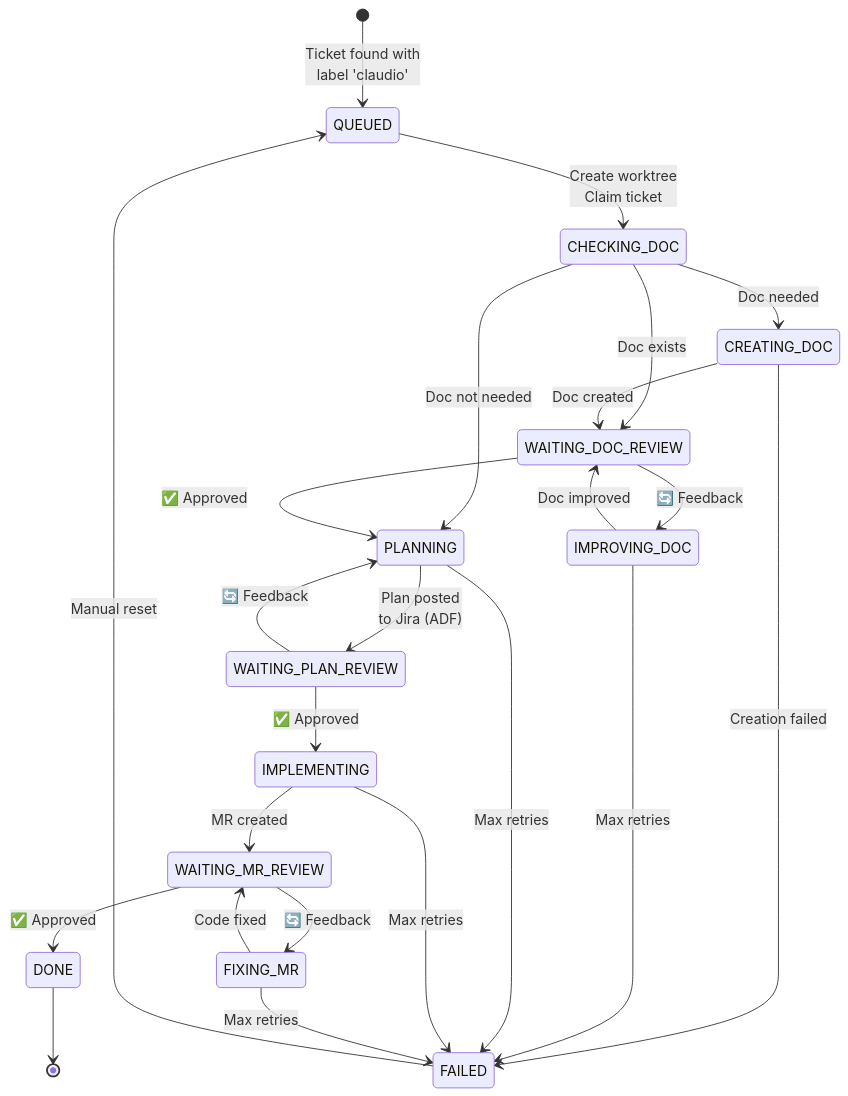
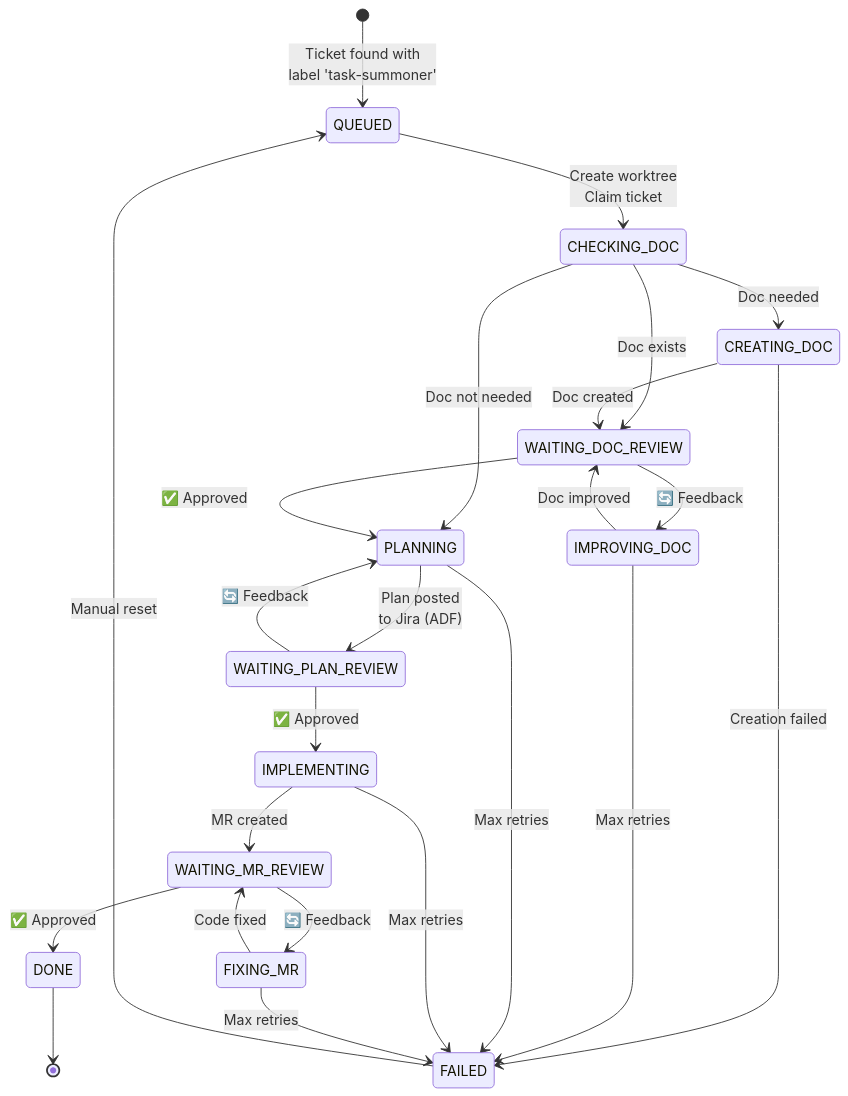
The first of 3 diagrams in docs/lifecycle-flow.md (teachmewow/task-summoner), drawn with Mermaid before and after one commit. The commit also changed other lines of this file and 114 other files, not shown here.

First line of the commit message:
feat(ENG-35): M0 Repo Housekeeping — rename to task-summoner

````diff
--- a/docs/lifecycle-flow.md
+++ b/docs/lifecycle-flow.md
@@ -5,37 +5,37 @@
 ```mermaid
 stateDiagram-v2
-    [*] --> QUEUED: Ticket found with<br/>label 'claudio'
+    [*] --> QUEUED: Ticket found with<br/>label 'task-summoner'
 
     QUEUED --> CHECKING_DOC: Create worktree<br/>Claim ticket
 
     CHECKING_DOC --> CREATING_DOC: Doc needed
     CHECKING_DOC --> WAITING_DOC_REVIEW: Doc exists
     CHECKING_DOC --> PLANNING: Doc not needed
 
     CREATING_DOC --> WAITING_DOC_REVIEW: Doc created
     CREATING_DOC --> FAILED: Creation failed
 
     WAITING_DOC_REVIEW --> PLANNING: ✅ Approved
     WAITING_DOC_REVIEW --> IMPROVING_DOC: 🔄 Feedback
 
     IMPROVING_DOC --> WAITING_DOC_REVIEW: Doc improved
     IMPROVING_DOC --> FAILED: Max retries
 
     PLANNING --> WAITING_PLAN_REVIEW: Plan posted<br/>to Jira (ADF)
     PLANNING --> FAILED: Max retries
 
     WAITING_PLAN_REVIEW --> IMPLEMENTING: ✅ Approved
     WAITING_PLAN_REVIEW --> PLANNING: 🔄 Feedback
 
     IMPLEMENTING --> WAITING_MR_REVIEW: MR created
     IMPLEMENTING --> FAILED: Max retries
 
     WAITING_MR_REVIEW --> DONE: ✅ Approved
     WAITING_MR_REVIEW --> FIXING_MR: 🔄 Feedback
 
     FIXING_MR --> WAITING_MR_REVIEW: Code fixed
     FIXING_MR --> FAILED: Max retries
 
     DONE --> [*]
     FAILED --> QUEUED: Manual reset
 ```
````
